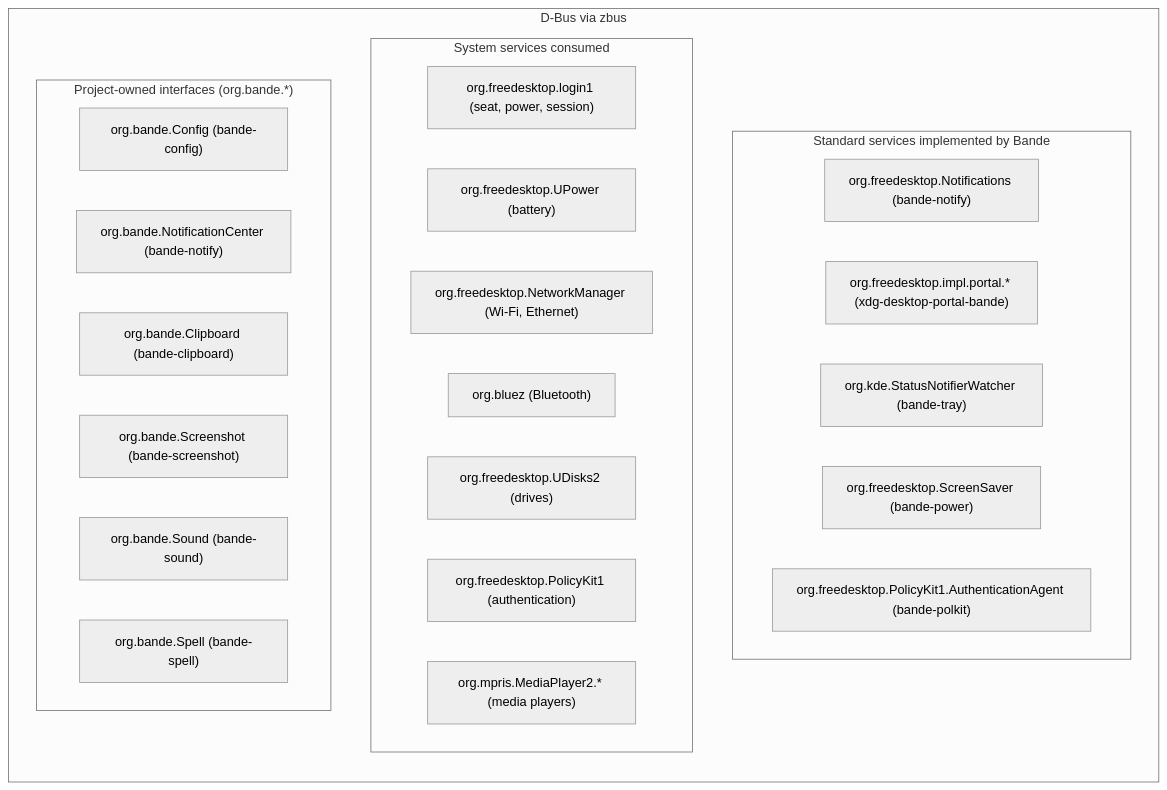
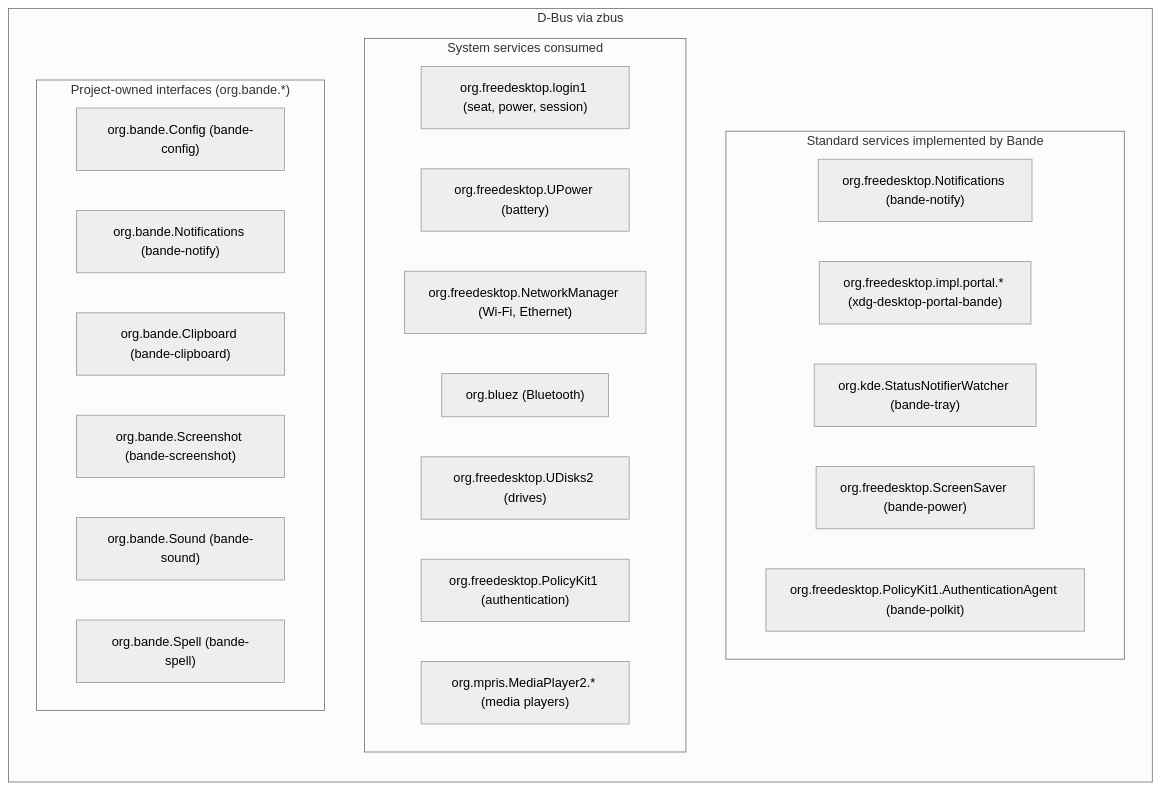
The second of 2 diagrams in docs/architecture/session.md (bande-linux/desktop), drawn with Mermaid (neutral theme) before and after one commit. The commit also changed 34 other files, not shown here.

Commit message:
Rename Notification Center to Notifications

````diff
--- a/docs/architecture/session.md
+++ b/docs/architecture/session.md
@@ -548,30 +548,30 @@
 ```mermaid
 graph TD
     subgraph "D-Bus via zbus"
         direction TB
         subgraph "Standard services implemented by Bande"
             IMP1["org.freedesktop.Notifications (bande-notify)"]
             IMP2["org.freedesktop.impl.portal.* (xdg-desktop-portal-bande)"]
             IMP3["org.kde.StatusNotifierWatcher (bande-tray)"]
             IMP4["org.freedesktop.ScreenSaver (bande-power)"]
             IMP5["org.freedesktop.PolicyKit1.AuthenticationAgent (bande-polkit)"]
         end
         subgraph "System services consumed"
             CON1["org.freedesktop.login1 (seat, power, session)"]
             CON2["org.freedesktop.UPower (battery)"]
             CON3["org.freedesktop.NetworkManager (Wi-Fi, Ethernet)"]
             CON4["org.bluez (Bluetooth)"]
             CON5["org.freedesktop.UDisks2 (drives)"]
             CON6["org.freedesktop.PolicyKit1 (authentication)"]
             CON7["org.mpris.MediaPlayer2.* (media players)"]
         end
         subgraph "Project-owned interfaces (org.bande.*)"
             OWN1["org.bande.Config (bande-config)"]
-            OWN2["org.bande.NotificationCenter (bande-notify)"]
+            OWN2["org.bande.Notifications (bande-notify)"]
             OWN3["org.bande.Clipboard (bande-clipboard)"]
             OWN4["org.bande.Screenshot (bande-screenshot)"]
             OWN5["org.bande.Sound (bande-sound)"]
             OWN6["org.bande.Spell (bande-spell)"]
         end
     end
 ```
````
